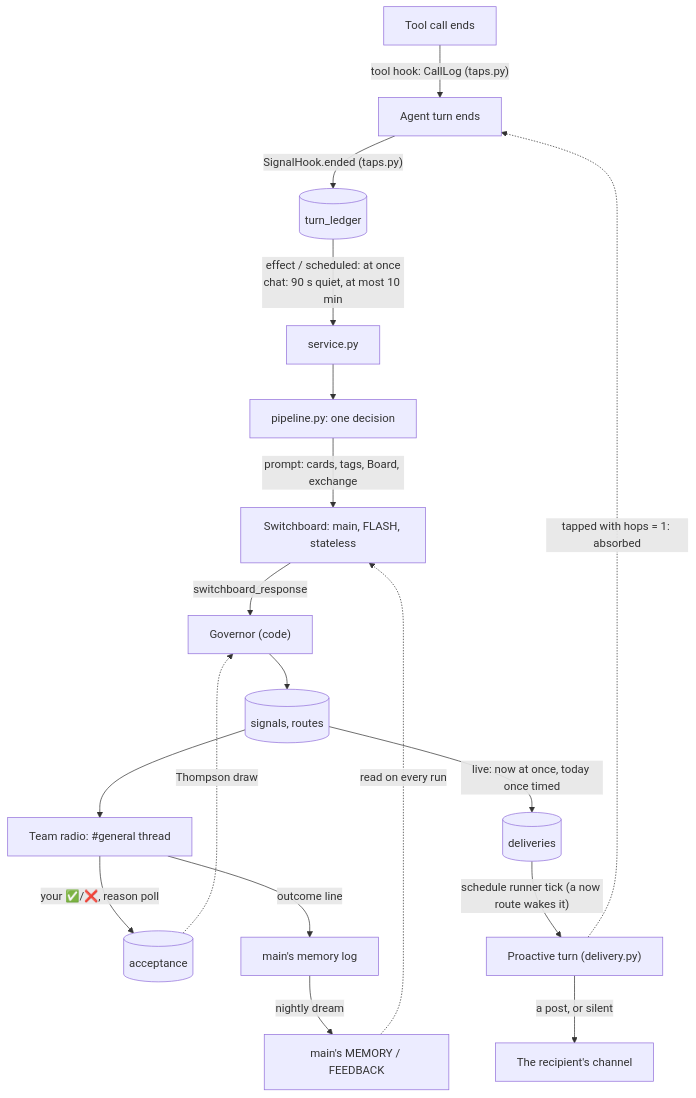
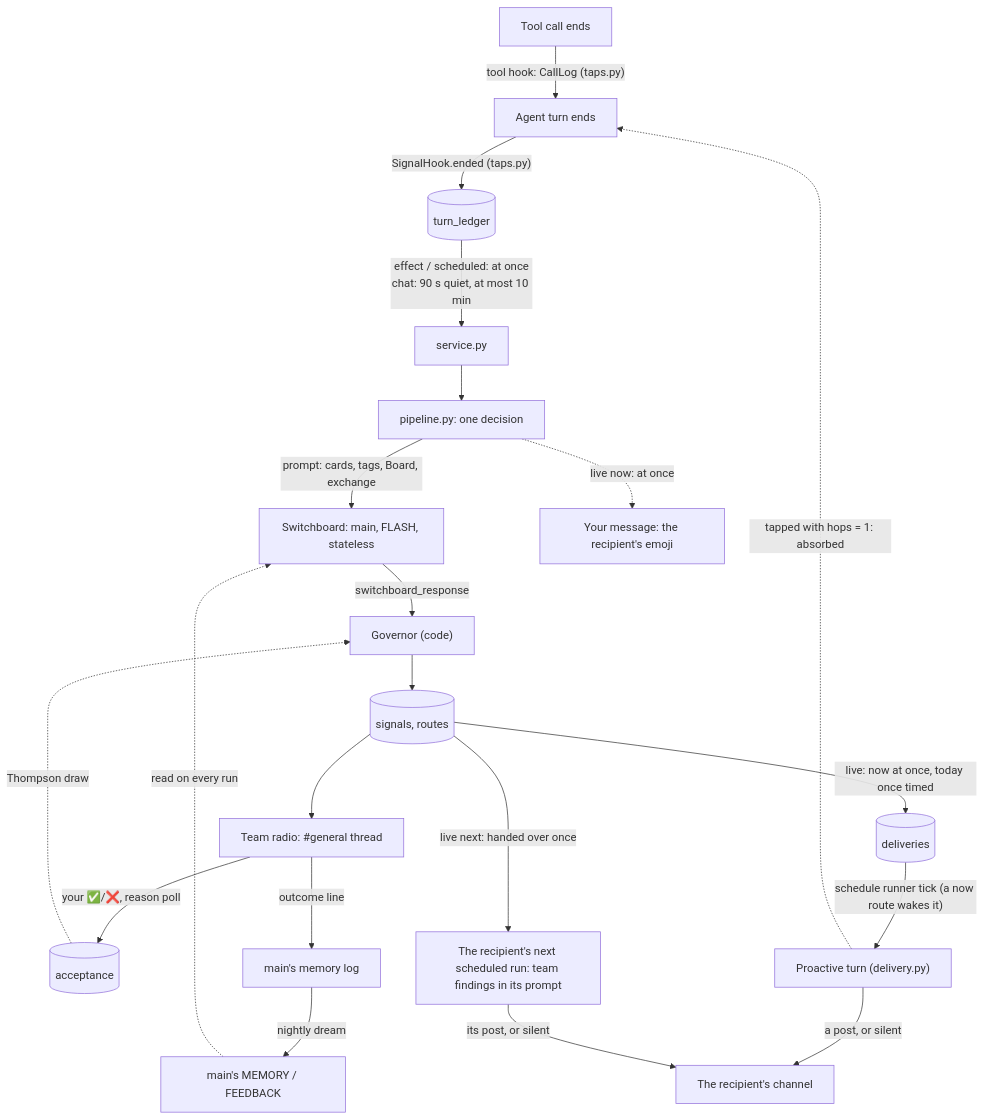
The diagram in core/proactive/README.md (cheungyang/aoc), drawn with Mermaid before and after one commit. The commit also changed other lines of this file and 34 other files, not shown here.

````diff
--- a/core/proactive/README.md
+++ b/core/proactive/README.md
@@ -26,20 +26,23 @@
 ```mermaid
 flowchart TD
     C["Tool call ends"] -->|"tool hook: CallLog (taps.py)"| T["Agent turn ends"]
     T -->|"SignalHook.ended (taps.py)"| L[("turn_ledger")]
     L -->|"effect / scheduled: at once<br/>chat: 90 s quiet, at most 10 min"| S["service.py"]
     S --> P["pipeline.py: one decision"]
     P -->|"prompt: cards, tags, Board, exchange"| SB["Switchboard: main, FLASH, stateless"]
     SB -->|"switchboard_response"| G["Governor (code)"]
     G --> B[("signals, routes")]
     B --> R["Team radio: #general thread"]
     R -->|"your ✅/❌, reason poll"| A[("acceptance")]
     R -->|"outcome line"| M["main's memory log"]
     M -->|"nightly dream"| F["main's MEMORY / FEEDBACK"]
     F -.->|"read on every run"| SB
     A -.->|"Thompson draw"| G
     B -->|"live: now at once, today once timed"| D[("deliveries")]
+    P -.->|"live now: at once"| Y["Your message: the recipient's emoji"]
     D -->|"schedule runner tick (a now route wakes it)"| PT["Proactive turn (delivery.py)"]
     PT -->|"a post, or silent"| CH["The recipient's channel"]
     PT -.->|"tapped with hops = 1: absorbed"| T
+    B -->|"live next: handed over once"| SR["The recipient's next scheduled run: team findings in its prompt"]
+    SR -->|"its post, or silent"| CH
 ```
````
